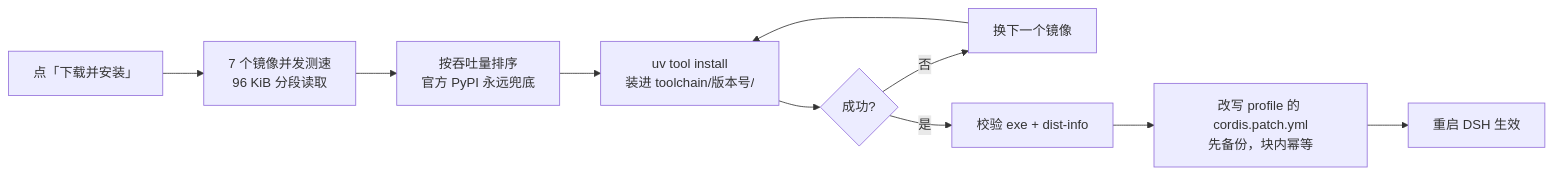
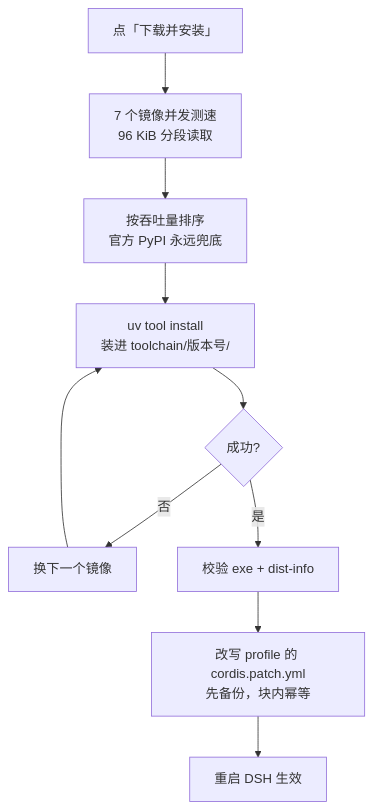
Before and after one commit to xkzm123/dsh-desktop-bridge: the first of 2 diagrams in README.md, drawn with Mermaid.

Commit message:
docs: render the install pipeline top-down
Left-to-right needed nine columns and overflowed GitHub's 755px README column, clipping the last two steps.

````diff
--- a/README.md
+++ b/README.md
@@ -164,12 +164,12 @@
 ```mermaid
-flowchart LR
+flowchart TD
     A[点「下载并安装」] --> B[7 个镜像并发测速<br/>96 KiB 分段读取]
     B --> C[按吞吐量排序<br/>官方 PyPI 永远兜底]
     C --> D[uv tool install<br/>装进 toolchain/版本号/]
     D --> E{成功?}
     E -- 否 --> F[换下一个镜像]
     F --> D
     E -- 是 --> G[校验 exe + dist-info]
     G --> H[改写 profile 的 cordis.patch.yml<br/>先备份，块内幂等]
     H --> I[重启 DSH 生效]
 ```
````
